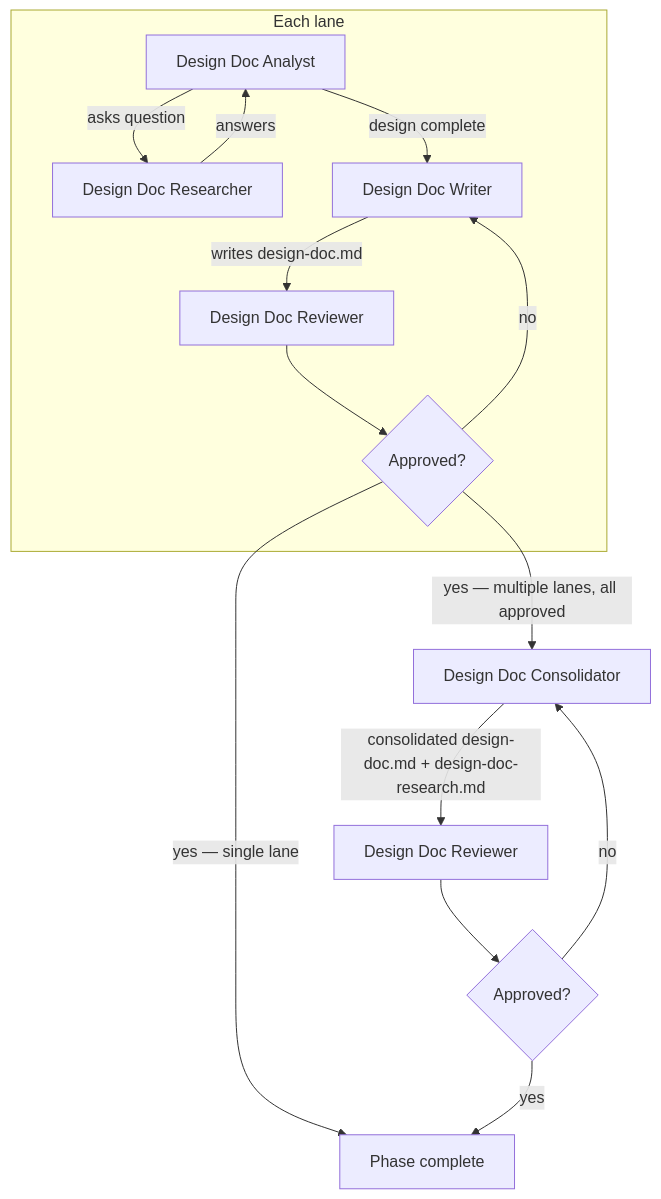
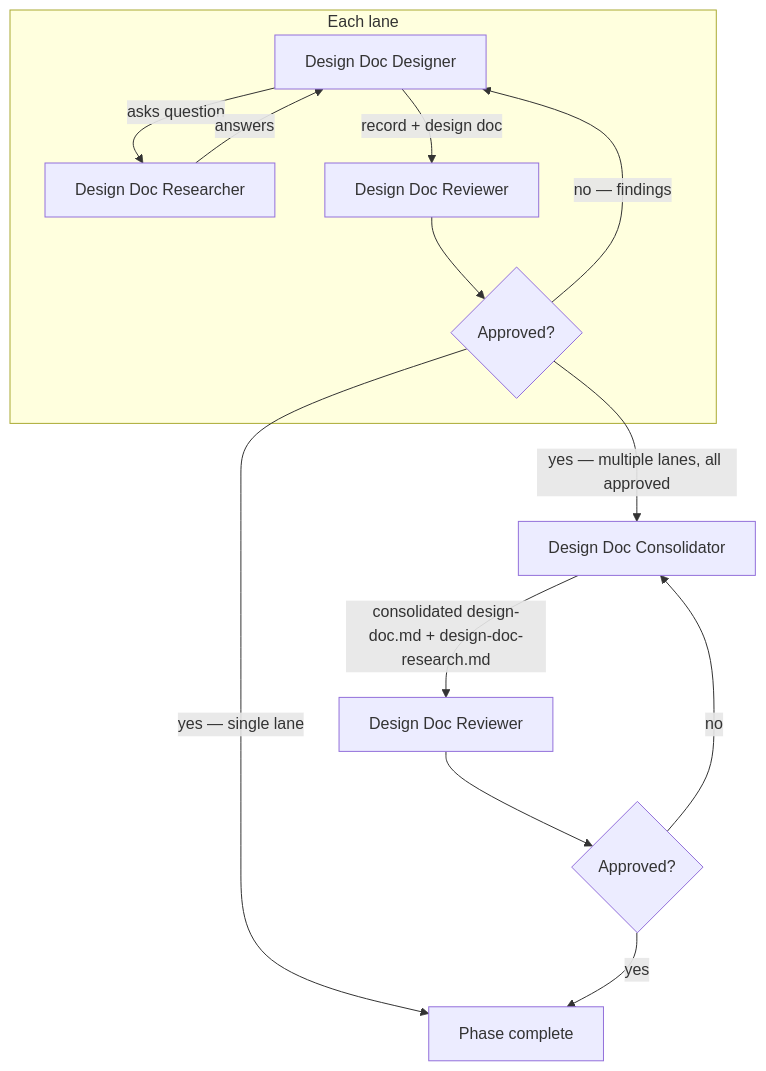
One commit to Automattic/radical-pipelines changed the diagram in skills/radical-pipelines/reference/autonomous-phases/2 - design-doc.md. Above: the diagram before and after it, drawn with Mermaid. The commit also changed other lines of this file and 9 other files, not shown here.

First line of the commit message:
Redesign the design-doc phase around a designer, a record-level gate, and a chain-adjudicating reviewer

````diff
--- a/skills/radical-pipelines/reference/autonomous-phases/2 - design-doc.md
+++ b/skills/radical-pipelines/reference/autonomous-phases/2 - design-doc.md
@@ -62,17 +60,16 @@
 ```mermaid
 flowchart TD
     subgraph lane [Each lane]
-        B[Design Doc Analyst] -->|asks question| C[Design Doc Researcher]
+        B[Design Doc Designer] -->|asks question| C[Design Doc Researcher]
         C -->|answers| B
-        B -->|design complete| D[Design Doc Writer]
-        D -->|writes design-doc.md| E[Design Doc Reviewer]
+        B -->|record + design doc| E[Design Doc Reviewer]
         E --> F{Approved?}
-        F -->|no| D
+        F -->|no — findings| B
     end
     F -->|"yes — single lane"| K[Phase complete]
     F -->|"yes — multiple lanes, all approved"| H[Design Doc Consolidator]
     H -->|consolidated design-doc.md + design-doc-research.md| I[Design Doc Reviewer]
     I --> J{Approved?}
     J -->|no| H
     J -->|yes| K
 ```
````
